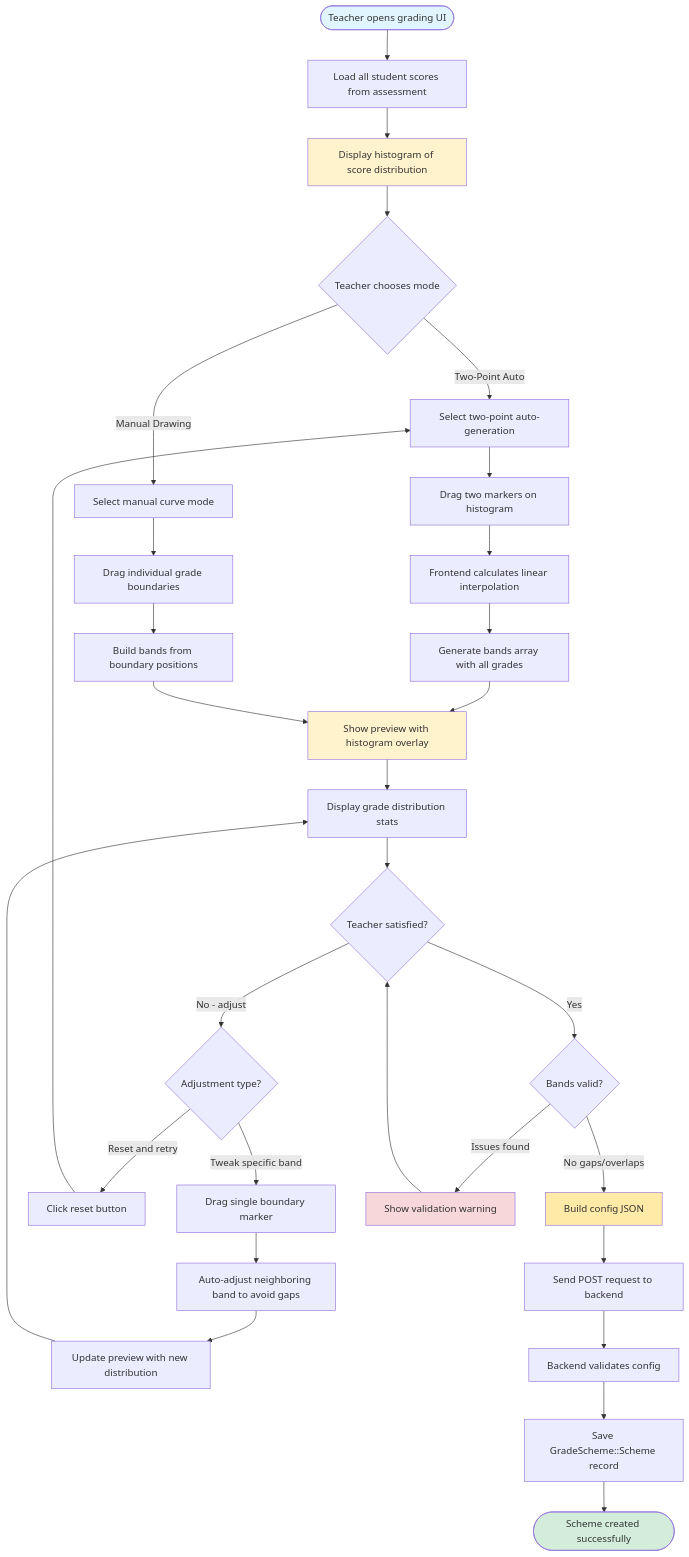
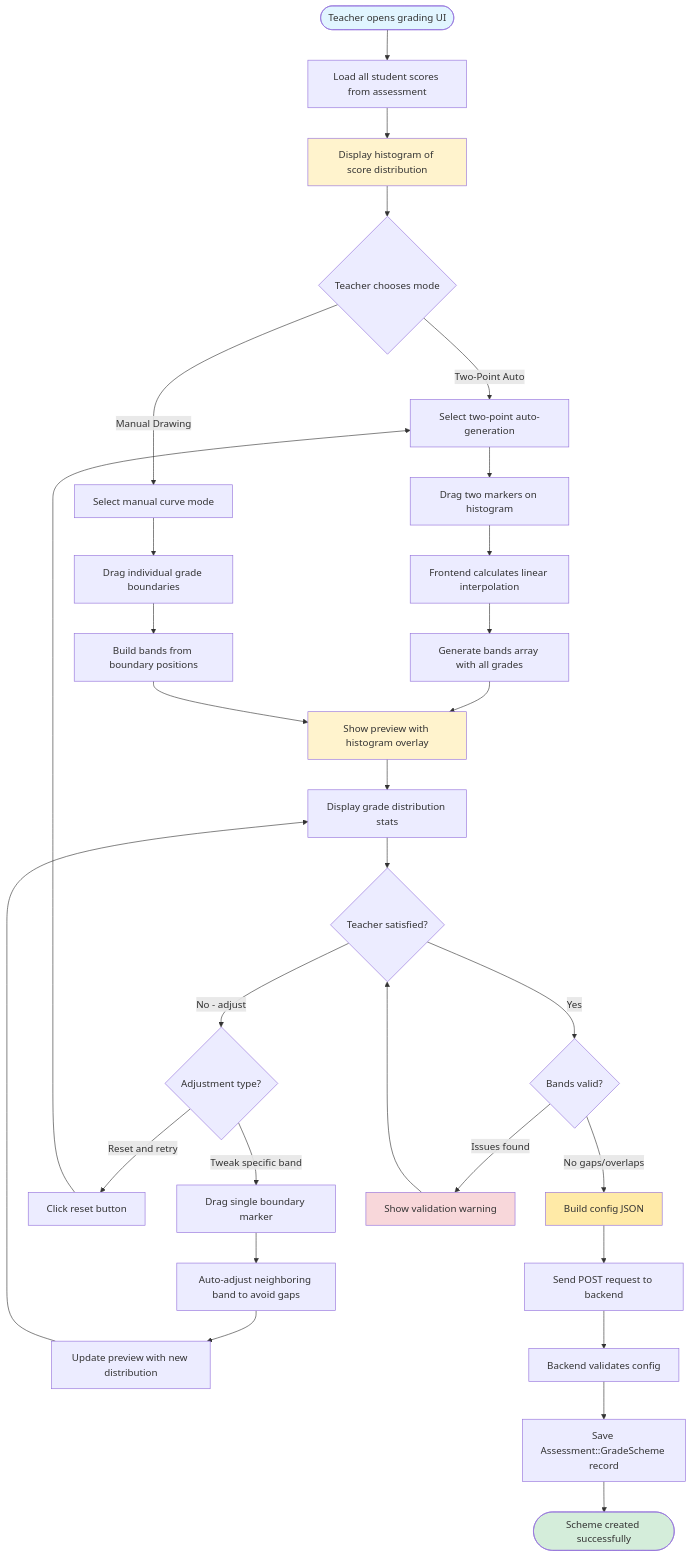
The first of 5 diagrams in architecture/src/features/05b-grading-schemes.md (MaMpf-HD/mampf), drawn with Mermaid before and after one commit. The commit also changed other lines of this file and 14 other files, not shown here.

Commit message:
Backport changes to the architecture book from step 9

````diff
--- a/architecture/src/features/05b-grading-schemes.md
+++ b/architecture/src/features/05b-grading-schemes.md
@@ -390,52 +400,52 @@
 ```mermaid
 flowchart TD
     Start([Teacher opens grading UI]) --> LoadData[Load all student scores from assessment]
     LoadData --> ShowHistogram[Display histogram of score distribution]
 
     ShowHistogram --> ChooseMode{Teacher chooses mode}
 
     ChooseMode -->|Two-Point Auto| TwoPoint[Select two-point auto-generation]
     ChooseMode -->|Manual Drawing| Manual[Select manual curve mode]
 
     TwoPoint --> DragMarkers[Drag two markers on histogram]
     DragMarkers --> CalcInterpolation[Frontend calculates linear interpolation]
     CalcInterpolation --> GenerateBands[Generate bands array with all grades]
     GenerateBands --> ShowPreview
 
     Manual --> DragBoundaries[Drag individual grade boundaries]
     DragBoundaries --> BuildManualBands[Build bands from boundary positions]
     BuildManualBands --> ShowPreview
 
     ShowPreview[Show preview with histogram overlay] --> DisplayStats[Display grade distribution stats]
 
     DisplayStats --> TeacherReview{Teacher satisfied?}
 
     TeacherReview -->|No - adjust| AdjustChoice{Adjustment type?}
     AdjustChoice -->|Tweak specific band| DragOneBoundary[Drag single boundary marker]
     AdjustChoice -->|Reset and retry| ResetButton[Click reset button]
 
     DragOneBoundary --> AutoAdjustNeighbor[Auto-adjust neighboring band to avoid gaps]
     AutoAdjustNeighbor --> UpdatePreview[Update preview with new distribution]
     UpdatePreview --> DisplayStats
 
     ResetButton --> TwoPoint
 
     TeacherReview -->|Yes| ValidateBands{Bands valid?}
 
     ValidateBands -->|No gaps/overlaps| BuildConfig[Build config JSON]
     ValidateBands -->|Issues found| ShowWarning[Show validation warning]
     ShowWarning --> TeacherReview
 
     BuildConfig --> SendToBackend[Send POST request to backend]
     SendToBackend --> BackendValidate[Backend validates config]
 
-    BackendValidate --> SaveScheme[Save GradeScheme::Scheme record]
+    BackendValidate --> SaveScheme[Save Assessment::GradeScheme record]
     SaveScheme --> Success([Scheme created successfully])
 
     style Start fill:#e1f5ff
     style Success fill:#d4edda
     style ShowHistogram fill:#fff3cd
     style ShowPreview fill:#fff3cd
     style BuildConfig fill:#ffeaa7
     style ShowWarning fill:#f8d7da
 ```
````
